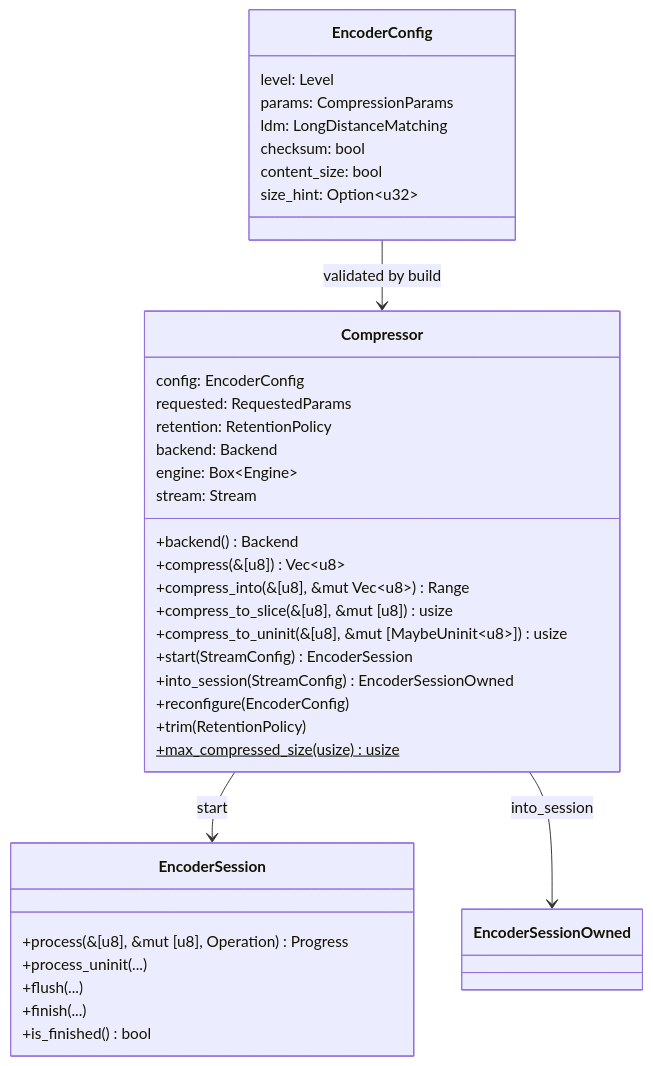
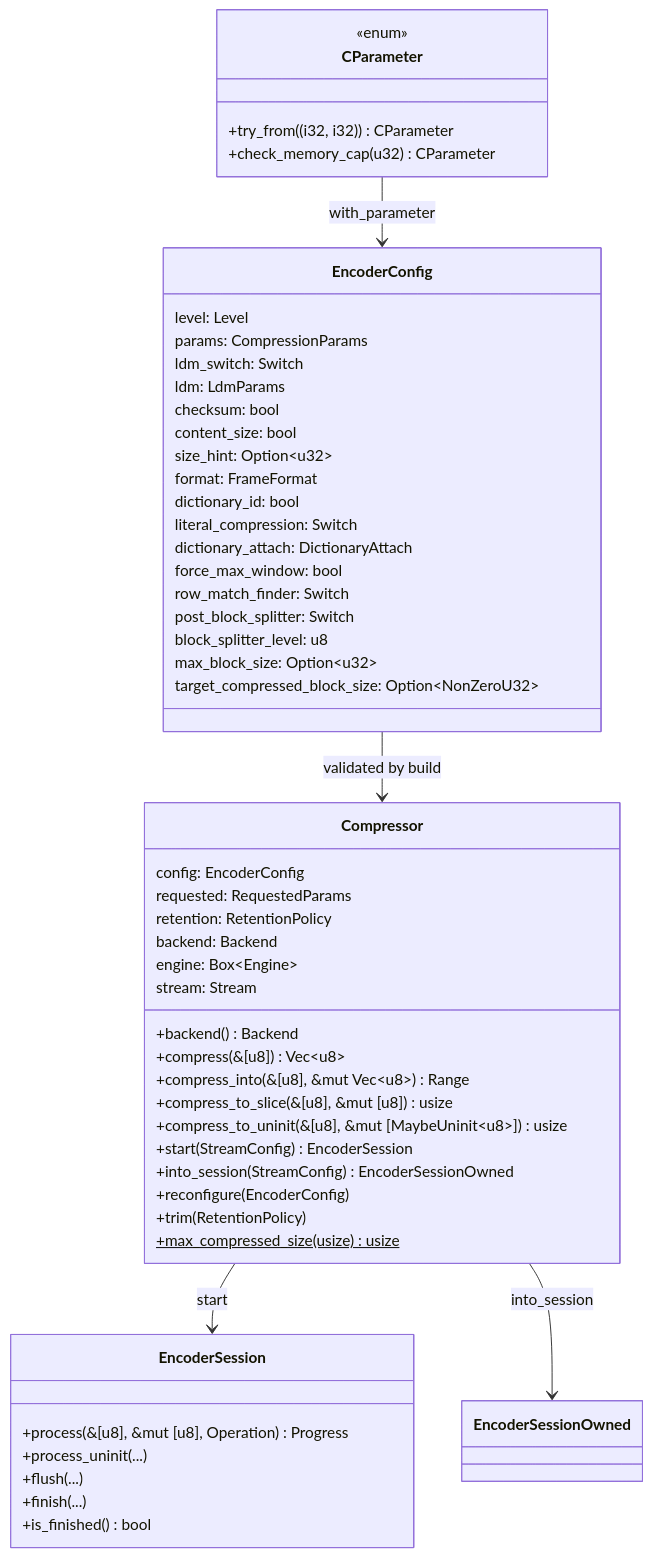
The second of 6 diagrams in architecture/compressor.md (M-Compressors/mzstd), drawn with Mermaid before and after one commit. The commit also changed other lines of this file and 390 other files, not shown here.

````diff
--- a/architecture/compressor.md
+++ b/architecture/compressor.md
@@ -45,39 +48,56 @@
 ```mermaid
 classDiagram
     class EncoderConfig {
         level: Level
         params: CompressionParams
-        ldm: LongDistanceMatching
+        ldm_switch: Switch
+        ldm: LdmParams
         checksum: bool
         content_size: bool
         size_hint: Option~u32~
+        format: FrameFormat
+        dictionary_id: bool
+        literal_compression: Switch
+        dictionary_attach: DictionaryAttach
+        force_max_window: bool
+        row_match_finder: Switch
+        post_block_splitter: Switch
+        block_splitter_level: u8
+        max_block_size: Option~u32~
+        target_compressed_block_size: Option~NonZeroU32~
     }
+    class CParameter {
+        <<enum>>
+        +try_from((i32, i32)) CParameter
+        +check_memory_cap(u32) CParameter
+    }
+    CParameter --> EncoderConfig : with_parameter
     class Compressor {
         config: EncoderConfig
         requested: RequestedParams
         retention: RetentionPolicy
         backend: Backend
         engine: Box~Engine~
         stream: Stream
         +backend() Backend
         +compress(&[u8]) Vec~u8~
         +compress_into(&[u8], &mut Vec~u8~) Range
         +compress_to_slice(&[u8], &mut [u8]) usize
         +compress_to_uninit(&[u8], &mut [MaybeUninit~u8~]) usize
         +start(StreamConfig) EncoderSession
         +into_session(StreamConfig) EncoderSessionOwned
         +reconfigure(EncoderConfig)
         +trim(RetentionPolicy)
         +max_compressed_size(usize)$ usize
     }
     class EncoderSession {
         +process(&[u8], &mut [u8], Operation) Progress
         +process_uninit(...)
         +flush(...)
         +finish(...)
         +is_finished() bool
     }
     EncoderConfig --> Compressor : validated by build
     Compressor --> EncoderSession : start
     Compressor --> EncoderSessionOwned : into_session
 ```
````
